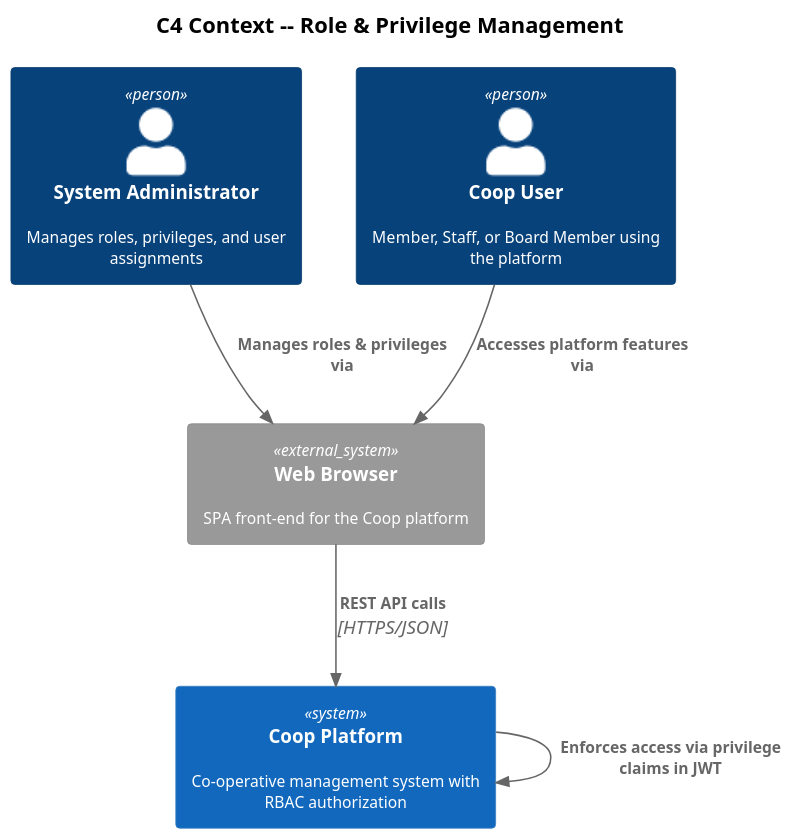
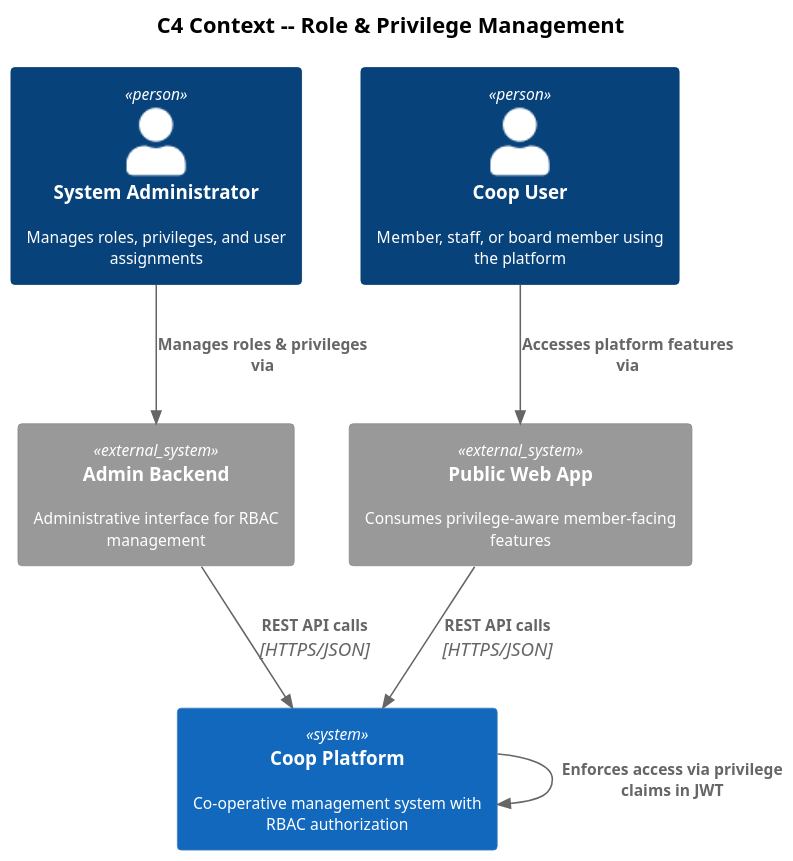
Before and after one commit to QuinntyneBrown/Coop: the diagram in docs/detailed-designs/03-role-and-privilege-management/c4-context.puml, drawn with PlantUML. The commit also changed 4 other files, not shown here.

Commit message:
Update auth, role management, event sourcing diagrams and solution hierarchy

```diff
--- a/docs/detailed-designs/03-role-and-privilege-management/c4-context.puml
+++ b/docs/detailed-designs/03-role-and-privilege-management/c4-context.puml
@@ -1,20 +1,22 @@
 @startuml
 !include https://raw.githubusercontent.com/plantuml-stdlib/C4-PlantUML/master/C4_Context.puml
 
 skinparam dpi 150
 skinparam defaultFontSize 10
 
 title C4 Context -- Role & Privilege Management
 
 Person(admin, "System Administrator", "Manages roles, privileges, and user assignments")
-Person(user, "Coop User", "Member, Staff, or Board Member using the platform")
+Person(user, "Coop User", "Member, staff, or board member using the platform")
 
 System(coop, "Coop Platform", "Co-operative management system with RBAC authorization")
-System_Ext(browser, "Web Browser", "SPA front-end for the Coop platform")
+System_Ext(adminApp, "Admin Backend", "Administrative interface for RBAC management")
+System_Ext(publicApp, "Public Web App", "Consumes privilege-aware member-facing features")
 
-Rel(admin, browser, "Manages roles & privileges via")
-Rel(user, browser, "Accesses platform features via")
-Rel(browser, coop, "REST API calls", "HTTPS/JSON")
+Rel(admin, adminApp, "Manages roles & privileges via")
+Rel(user, publicApp, "Accesses platform features via")
+Rel(adminApp, coop, "REST API calls", "HTTPS/JSON")
+Rel(publicApp, coop, "REST API calls", "HTTPS/JSON")
 Rel(coop, coop, "Enforces access via privilege claims in JWT")
 
 @enduml
```
